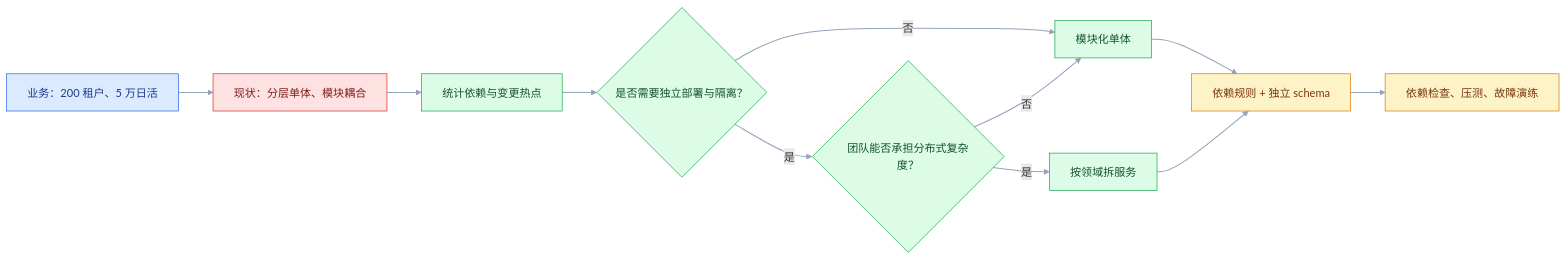
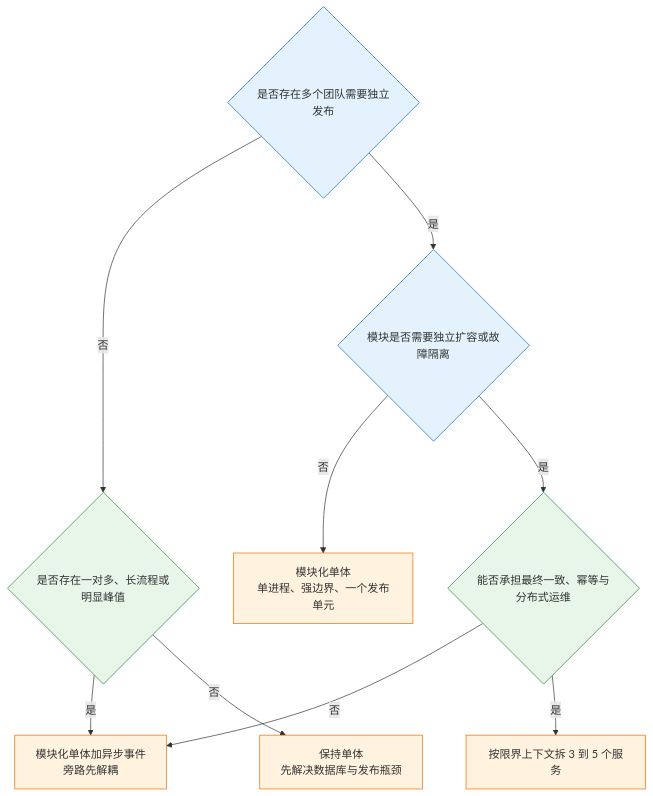
The second of 3 diagrams in blog/src/notes/03-架构/01-架构基础/02-架构风格与选型.md (jimbosuper/studynotes), drawn with Mermaid before and after one commit. The commit also changed other lines of this file and 367 other files, not shown here.

````diff
--- a/blog/src/notes/03-架构/01-架构基础/02-架构风格与选型.md
+++ b/blog/src/notes/03-架构/01-架构基础/02-架构风格与选型.md
@@ -19,19 +291,25 @@
 ```mermaid
-flowchart LR
-    classDef client fill:#DBEAFE,stroke:#2563EB,color:#1E3A8A
-    classDef service fill:#DCFCE7,stroke:#16A34A,color:#14532D
-    classDef data fill:#FEF3C7,stroke:#D97706,color:#78350F
-    classDef danger fill:#FEE2E2,stroke:#DC2626,color:#7F1D1D
-
-    A["业务：200 租户、5 万日活"]:::client --> B["现状：分层单体、模块耦合"]:::danger
-    B --> C["统计依赖与变更热点"]:::service
-    C --> D{"是否需要独立部署与隔离？"}:::service
-    D -->|"否"| E["模块化单体"]:::service
-    D -->|"是"| F{"团队能否承担分布式复杂度？"}:::service
-    F -->|"否"| E
-    F -->|"是"| G["按领域拆服务"]:::service
-    E --> H["依赖规则 + 独立 schema"]:::data
-    G --> H
-    H --> I["依赖检查、压测、故障演练"]:::data
-    linkStyle default stroke:#94A3B8,stroke-width:1.5px
+flowchart TD
+    Q1{"是否存在多个团队需要独立发布"}
+    Q2{"模块是否需要独立扩容或故障隔离"}
+    Q3{"能否承担最终一致、幂等与分布式运维"}
+    Q4{"是否存在一对多、长流程或明显峰值"}
+    M["模块化单体<br/>单进程、强边界、一个发布单元"]
+    E["模块化单体加异步事件<br/>旁路先解耦"]
+    S["按限界上下文拆 3 到 5 个服务"]
+    N["保持单体<br/>先解决数据库与发布瓶颈"]
+    Q1 -->|"否"| Q4
+    Q1 -->|"是"| Q2
+    Q2 -->|"否"| M
+    Q2 -->|"是"| Q3
+    Q3 -->|"否"| E
+    Q3 -->|"是"| S
+    Q4 -->|"是"| E
+    Q4 -->|"否"| N
+    classDef client fill:#e3f2fd,stroke:#1565c0;
+    classDef engine fill:#e8f5e9,stroke:#2e7d32;
+    classDef image fill:#fff3e0,stroke:#ef6c00;
+    class Q1,Q2 client
+    class Q3,Q4 engine
+    class M,E,S,N image
 ```
````
